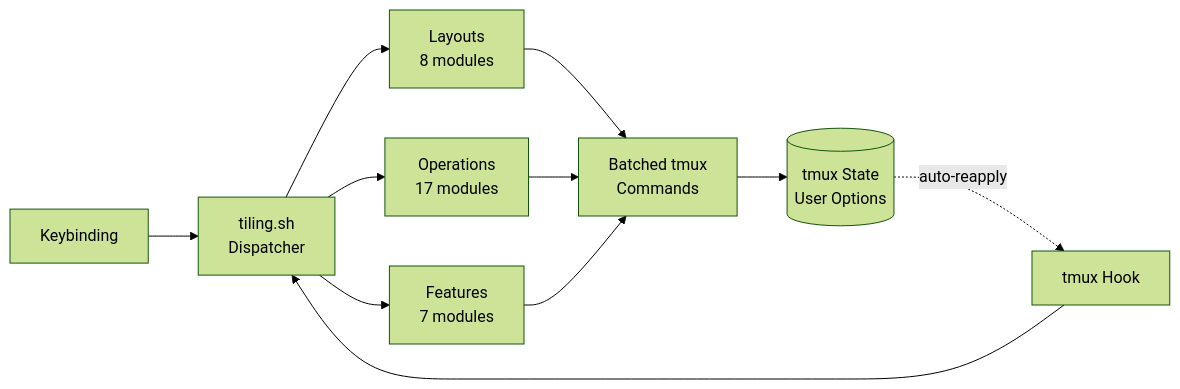
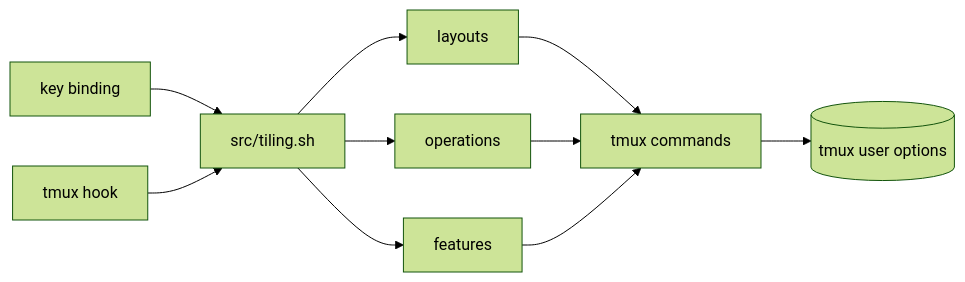
Before and after one commit to tmux-revamped/tmux-tiling-revamped: the diagram in README.md, drawn with Mermaid (forest theme). The commit also changed other lines of this file and 3 other files, not shown here.

````diff
--- a/README.md
+++ b/README.md
@@ -99,13 +251,12 @@
 ```mermaid
 graph LR
-    K[Keybinding] --> D[tiling.sh<br>Dispatcher]
-    H[tmux Hook] --> D
-    D --> L[Layouts<br>8 modules]
-    D --> O[Operations<br>17 modules]
-    D --> F[Features<br>7 modules]
-    L --> T[Batched tmux<br>Commands]
-    O --> T
-    F --> T
-    T --> S[(tmux State<br>User Options)]
-    S -.->|auto-reapply| H
+    Key[key binding] --> Dispatch[src/tiling.sh]
+    Hook[tmux hook] --> Dispatch
+    Dispatch --> Layouts[layouts]
+    Dispatch --> Ops[operations]
+    Dispatch --> Features[features]
+    Layouts --> Tmux[tmux commands]
+    Ops --> Tmux
+    Features --> Tmux
+    Tmux --> State[(tmux user options)]
 ```
````
